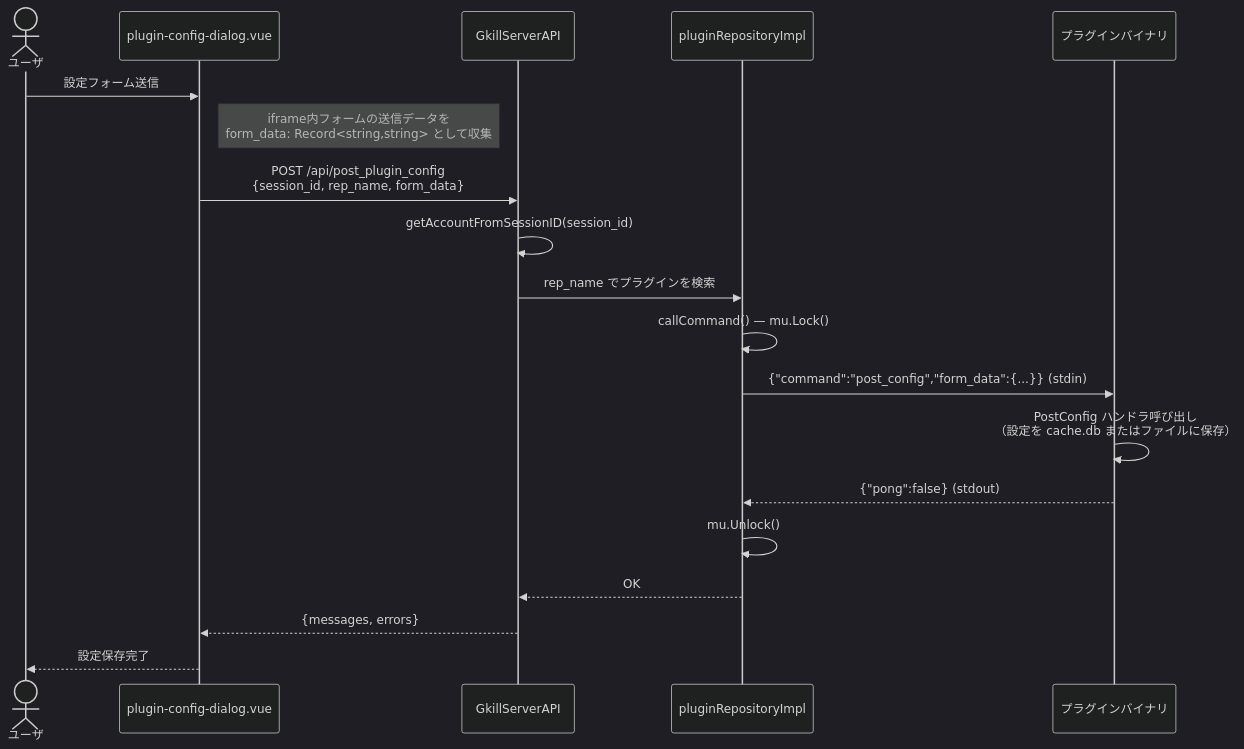
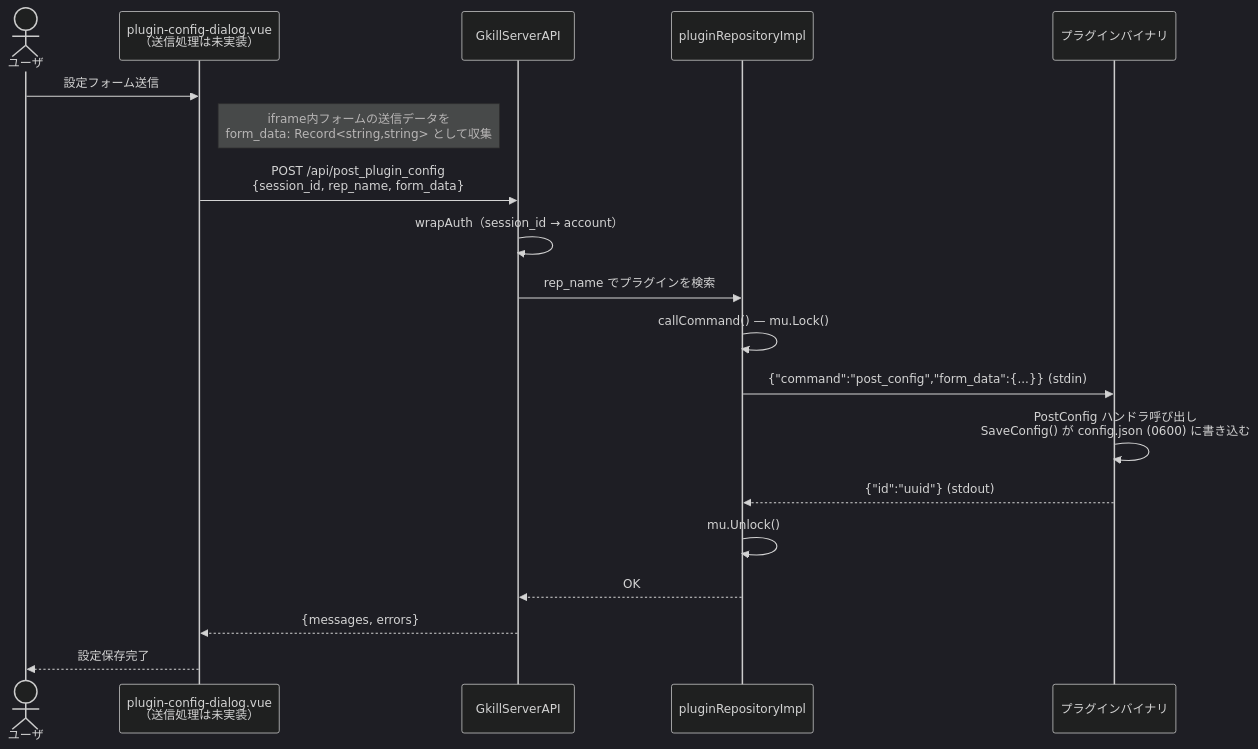
One commit to mt3hr/gkill changed diagram 21 of 27 in documents/reverse/sequence-diagrams.md. Above: the diagram before and after it, drawn with Mermaid (dark theme). The commit also changed other lines of this file and 25 other files, not shown here.

````diff
--- a/documents/reverse/sequence-diagrams.md
+++ b/documents/reverse/sequence-diagrams.md
@@ -610,22 +624,22 @@
 ```mermaid
 sequenceDiagram
     actor User as ユーザ
-    participant UI as plugin-config-dialog.vue
+    participant UI as plugin-config-dialog.vue<br>（送信処理は未実装）
     participant API as GkillServerAPI
     participant PluginRepo as pluginRepositoryImpl
     participant Plugin as プラグインバイナリ
 
     User->>UI: 設定フォーム送信
     Note right of UI: iframe内フォームの送信データを<br>form_data: Record<string,string> として収集
     UI->>API: POST /api/post_plugin_config<br>{session_id, rep_name, form_data}
-    API->>API: getAccountFromSessionID(session_id)
+    API->>API: wrapAuth（session_id → account）
     API->>PluginRepo: rep_name でプラグインを検索
     PluginRepo->>PluginRepo: callCommand() — mu.Lock()
     PluginRepo->>Plugin: {"command":"post_config","form_data":{...}} (stdin)
-    Plugin->>Plugin: PostConfig ハンドラ呼び出し<br>（設定を cache.db またはファイルに保存）
-    Plugin-->>PluginRepo: {"pong":false} (stdout)
+    Plugin->>Plugin: PostConfig ハンドラ呼び出し<br>SaveConfig() が config.json (0600) に書き込む
+    Plugin-->>PluginRepo: {"id":"uuid"} (stdout)
     PluginRepo->>PluginRepo: mu.Unlock()
     PluginRepo-->>API: OK
     API-->>UI: {messages, errors}
     UI-->>User: 設定保存完了
 ```
````
